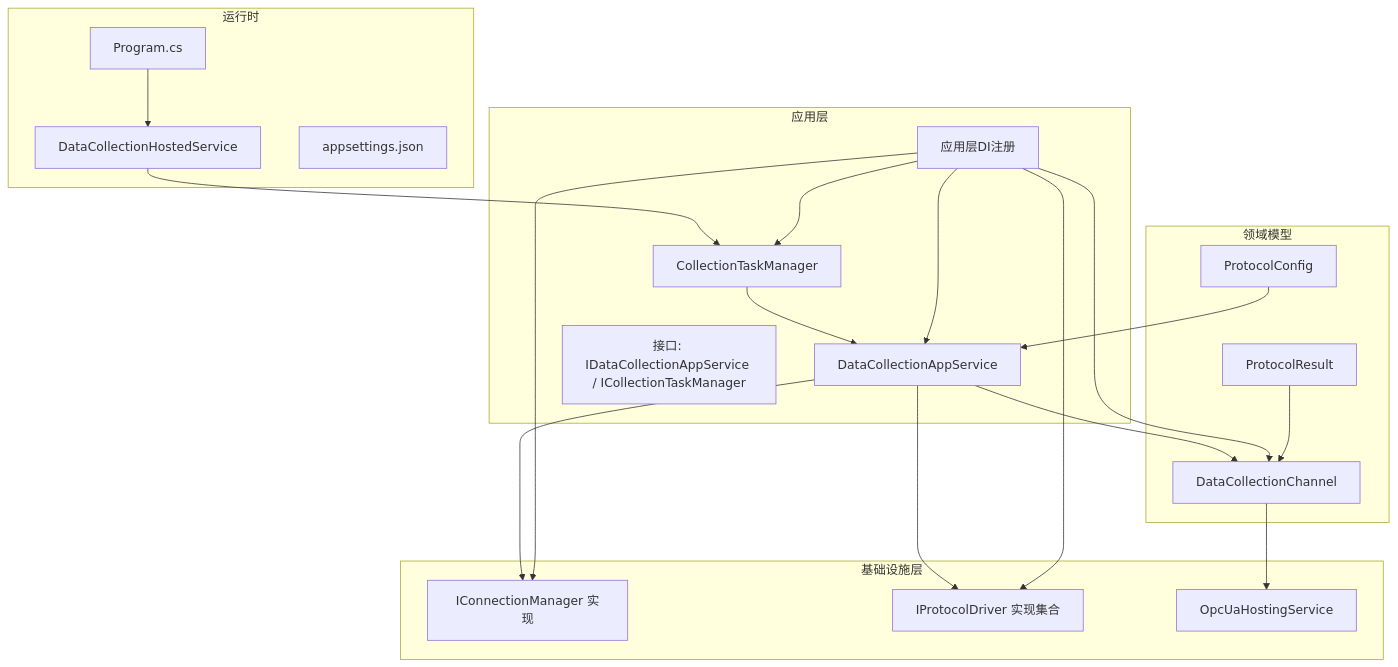
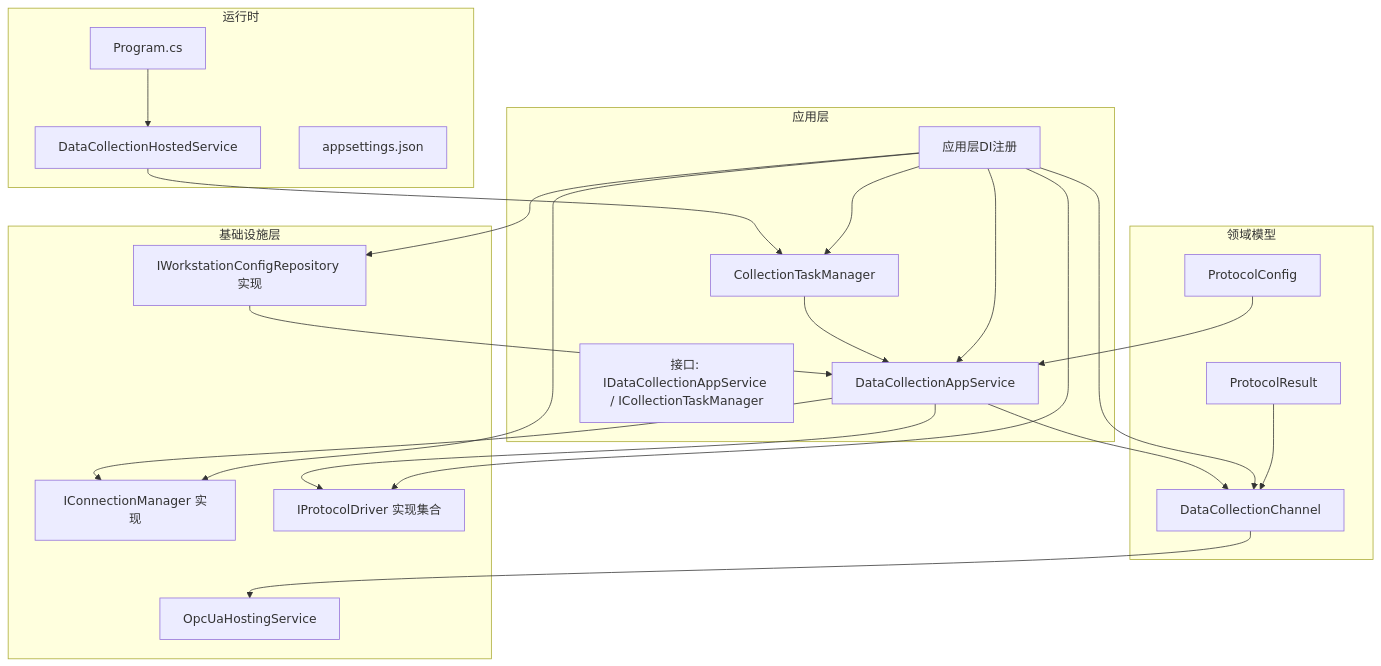
The first of 6 diagrams in .qoder/repowiki/zh/content/应用服务层/数据采集服务.md (whitemousetl/IndustrialDataSolution), drawn with Mermaid before and after one commit. The commit also changed other lines of this file and 18 other files, not shown here.

````diff
--- a/.qoder/repowiki/zh/content/应用服务层/数据采集服务.md
+++ b/.qoder/repowiki/zh/content/应用服务层/数据采集服务.md
@@ -49,38 +51,41 @@
 ```mermaid
 graph TB
 subgraph "应用层"
 svc["DataCollectionAppService"]
 mgr["CollectionTaskManager"]
 di["应用层DI注册"]
 iface_app["接口: IDataCollectionAppService / ICollectionTaskManager"]
 end
 subgraph "领域模型"
 proto["ProtocolConfig"]
 res["ProtocolResult"]
 ch["DataCollectionChannel"]
 end
 subgraph "基础设施层"
 conn["IConnectionManager 实现"]
 drv["IProtocolDriver 实现集合"]
 opc["OpcUaHostingService"]
+repo["IWorkstationConfigRepository 实现"]
 end
 subgraph "运行时"
 host["DataCollectionHostedService"]
 prog["Program.cs"]
 cfg["appsettings.json"]
 end
 prog --> host
 host --> mgr
 mgr --> svc
 svc --> conn
 svc --> drv
 svc --> ch
 ch --> opc
 di --> svc
 di --> mgr
 di --> ch
 di --> conn
 di --> drv
+di --> repo
 proto --> svc
 res --> ch
+repo --> svc
 ```
````
